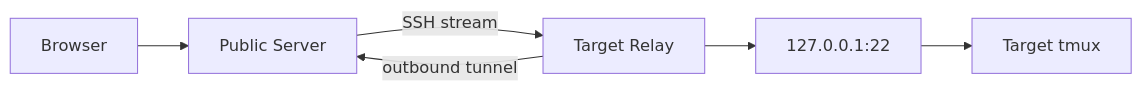
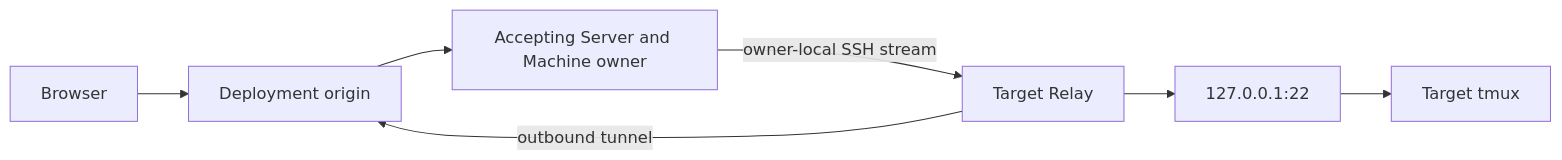
Before and after one commit to Wh1isper/cloud-ssh: the diagram in docs/guide/relay.md, drawn with Mermaid. The commit also changed other lines of this file and 36 other files, not shown here.

Commit message:
Simplify OwlMux target architecture

````diff
--- a/docs/guide/relay.md
+++ b/docs/guide/relay.md
@@ -18,8 +15,9 @@
 ```mermaid
 flowchart LR
-    browser["Browser"] --> server["Public Server"]
-    relay["Target Relay"] -->|"outbound tunnel"| server
-    server -->|"SSH stream"| relay
+    browser["Browser"] --> origin["Deployment origin"]
+    relay["Target Relay"] -->|"outbound tunnel"| origin
+    origin --> owner["Accepting Server and Machine owner"]
+    owner -->|"owner-local SSH stream"| relay
     relay --> sshd["127.0.0.1:22"]
     sshd --> tmux["Target tmux"]
 ```
````
